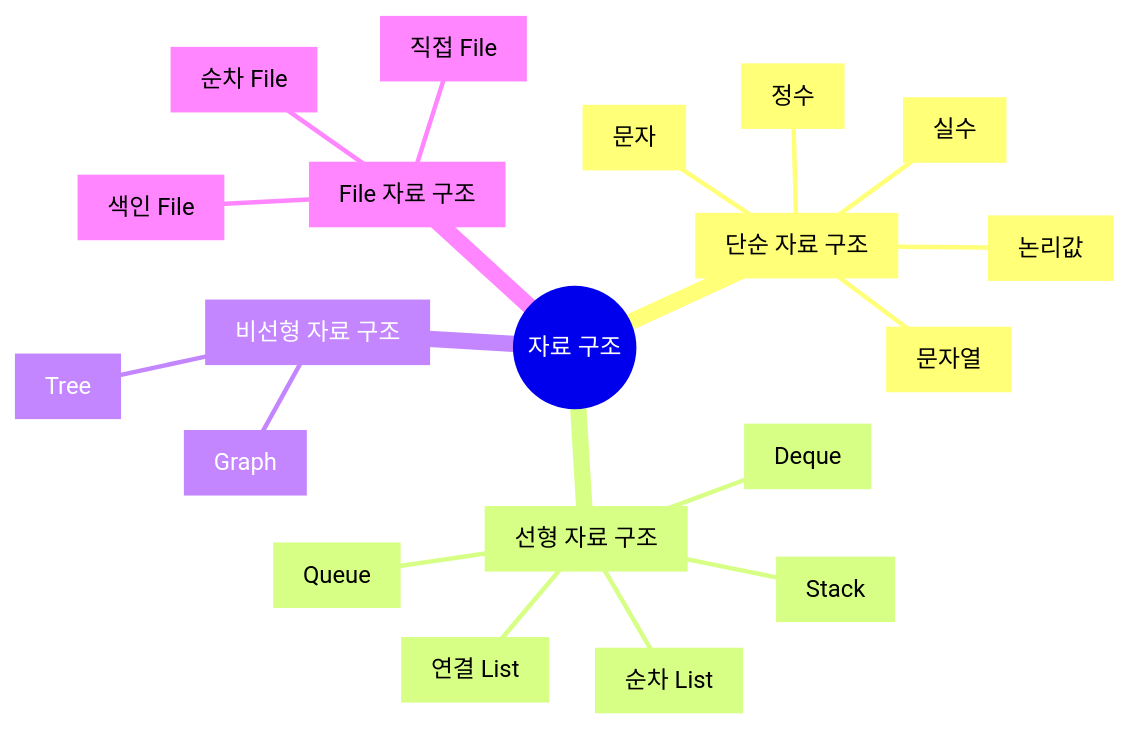
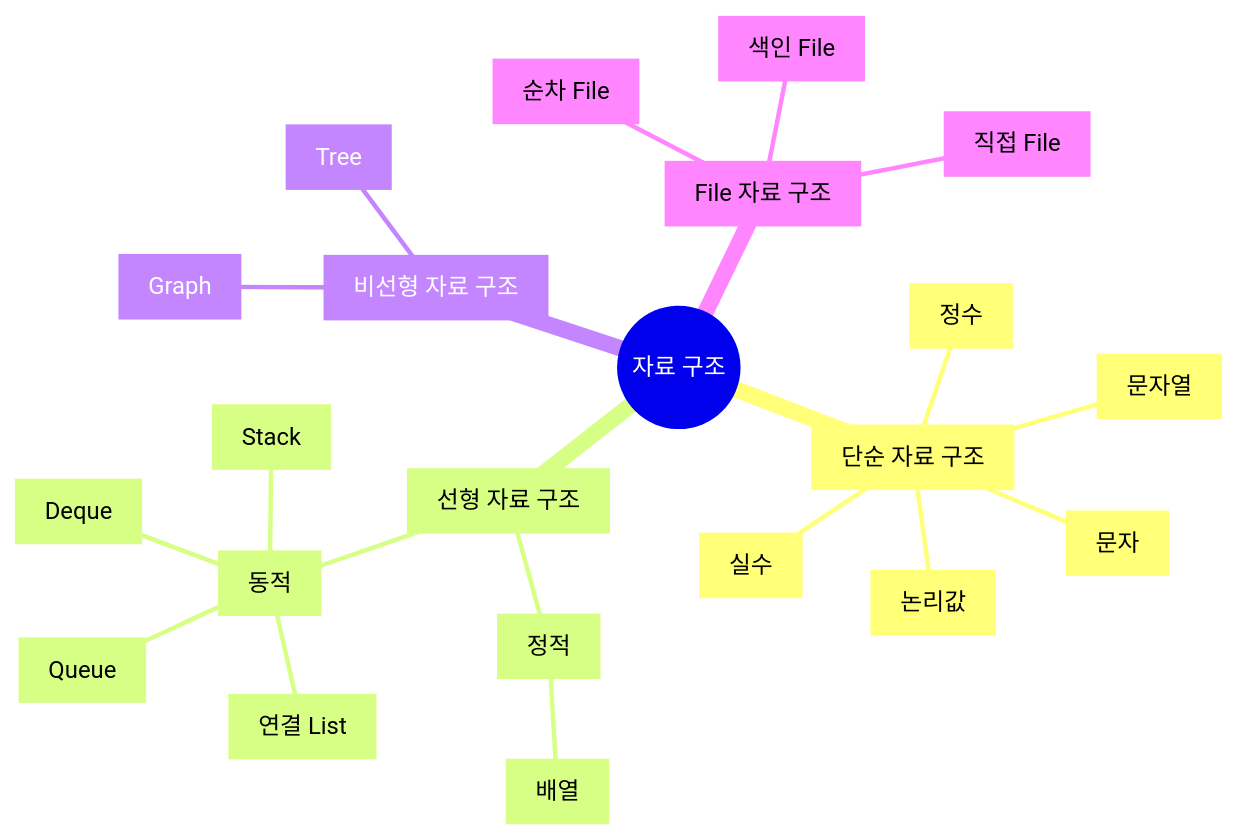
Before and after one commit to choesimin/choesimin.github.io: the diagram in _skills/data-structure/index.md, drawn with Mermaid. The commit also changed 1 other file, not shown here.

````diff
--- a/_skills/data-structure/index.md
+++ b/_skills/data-structure/index.md
@@ -45,23 +45,25 @@
 ```mermaid
 mindmap
     root((자료 구조))
         primitive[단순 자료 구조]
             integer[정수]
             float[실수]
             char[문자]
             string[문자열]
             boolean[논리값]
         linear[선형 자료 구조]
-            sequential-list[순차 List]
-            linked-list[연결 List]
-            stack[Stack]
-            queue[Queue]
-            deque[Deque]
+            static[정적]
+                array[배열]
+            dynamic[동적]
+                linked-list[연결 List]
+                stack[Stack]
+                queue[Queue]
+                deque[Deque]
         non-linear[비선형 자료 구조]
             graph[Graph]
             tree[Tree]
         file[File 자료 구조]
             sequential-file[순차 File]
             indexed-file[색인 File]
             direct-file[직접 File]
 ```
````
